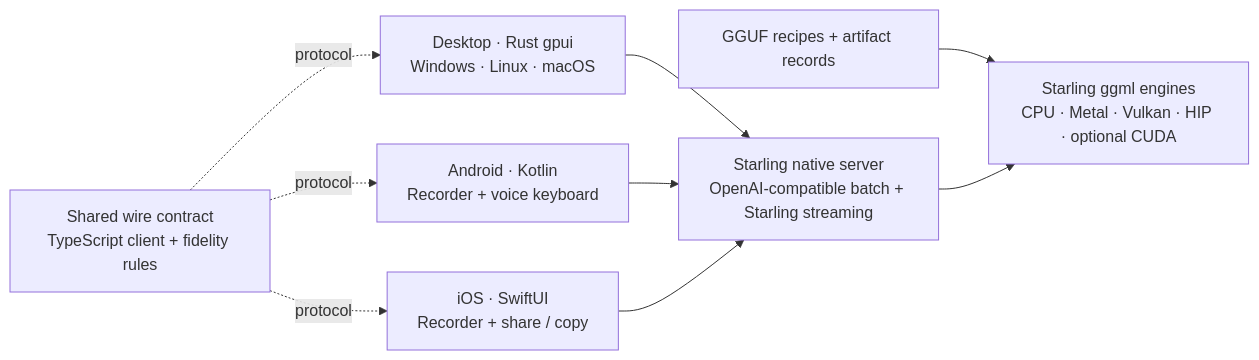
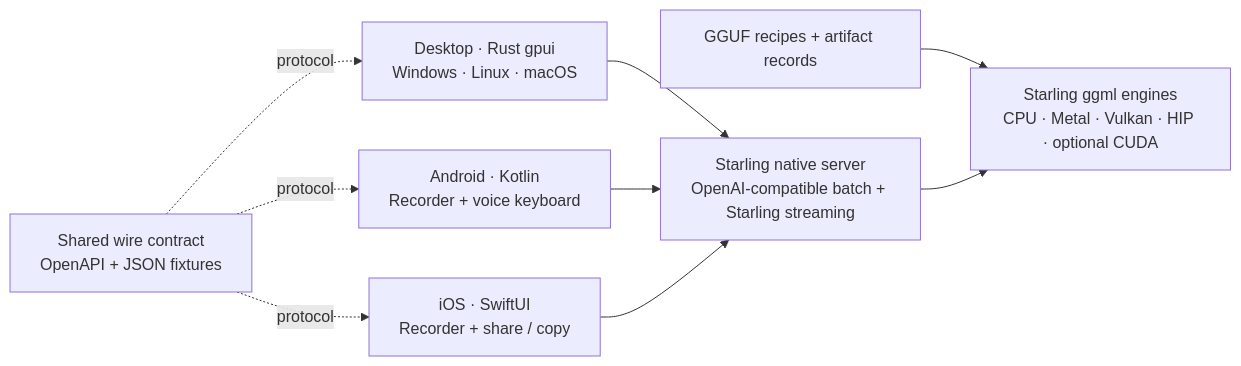
One commit to sims1253/starling changed the first of 2 diagrams in docs/monorepo.md. Above: the diagram before and after it, drawn with Mermaid. The commit also changed other lines of this file and 125 other files, not shown here.

First line of the commit message:
cleanup: remove the unused TypeScript workspace (dictation library, npm launcher, oxlint rules)

````diff
--- a/docs/monorepo.md
+++ b/docs/monorepo.md
@@ -9,12 +9,12 @@
 ```mermaid
 flowchart LR
   Desktop["Desktop · Rust gpui<br/>Windows · Linux · macOS"] --> API["Starling native server<br/>OpenAI-compatible batch + Starling streaming"]
   Android["Android · Kotlin<br/>Recorder + voice keyboard"] --> API
   iOS["iOS · SwiftUI<br/>Recorder + share / copy"] --> API
-  Shared["Shared wire contract<br/>TypeScript client + fidelity rules"]
+  Shared["Shared wire contract<br/>OpenAPI + JSON fixtures"]
   Shared -. protocol .-> Desktop
   Shared -. protocol .-> Android
   Shared -. protocol .-> iOS
   Quants["GGUF recipes + artifact records"] --> Engine["Starling ggml engines<br/>CPU · Metal · Vulkan · HIP · optional CUDA"]
   API --> Engine
 ```
````
